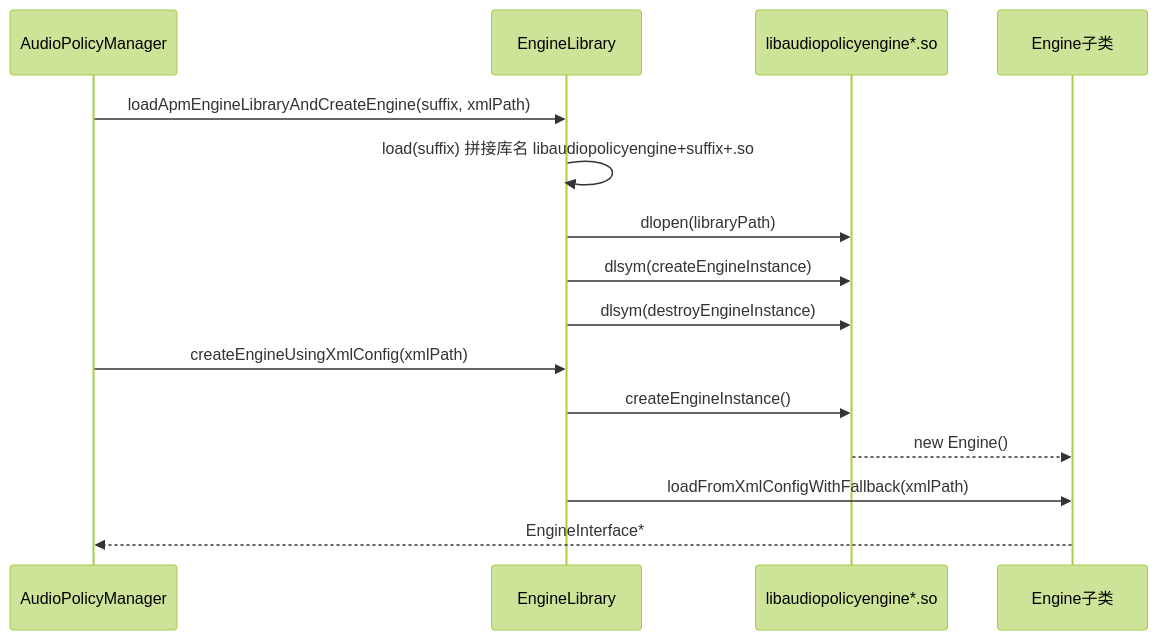
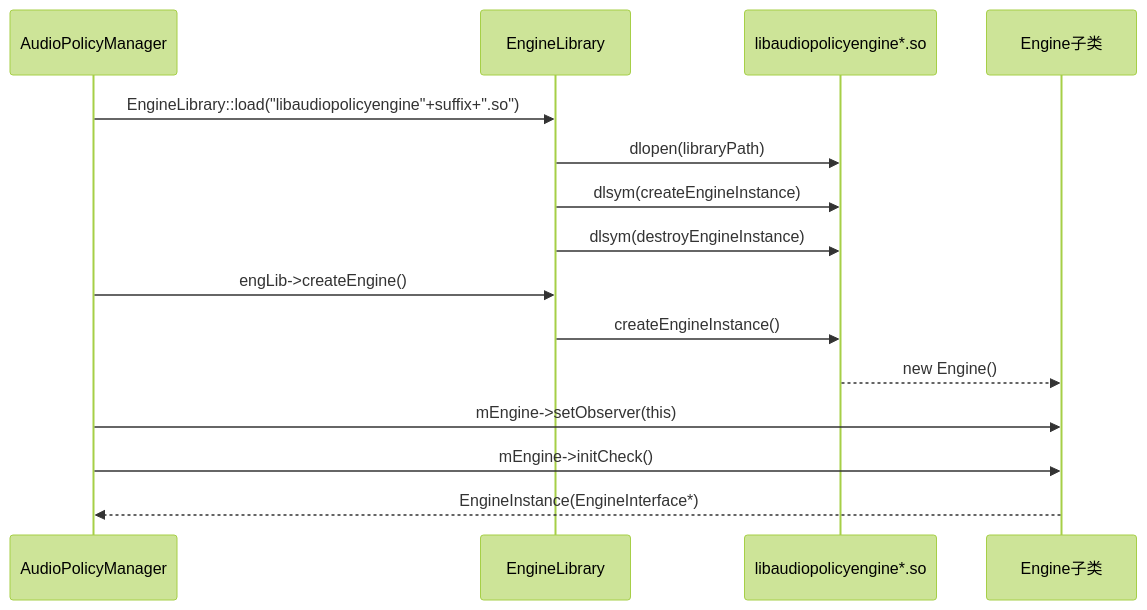
Before and after one commit to yanglinzhen1022/SA8295_AAOS_QNX_Audio_KnowledgeBase: the second of 10 diagrams in 06_Audio_Policy_Engine/06_6.3_EngineBase-可插拔策略引擎.md, drawn with Mermaid (forest theme). The commit also changed other lines of this file and 11 other files, not shown here.

````diff
--- a/06_Audio_Policy_Engine/06_6.3_EngineBase-可插拔策略引擎.md
+++ b/06_Audio_Policy_Engine/06_6.3_EngineBase-可插拔策略引擎.md
@@ -96,18 +95,18 @@
 ```mermaid
 sequenceDiagram
     participant APM as AudioPolicyManager
     participant EL as EngineLibrary
     participant SO as libaudiopolicyengine*.so
     participant Eng as Engine子类
 
-    APM->>EL: loadApmEngineLibraryAndCreateEngine(suffix, xmlPath)
-    EL->>EL: load(suffix) 拼接库名 libaudiopolicyengine+suffix+.so
+    APM->>EL: EngineLibrary::load("libaudiopolicyengine"+suffix+".so")
     EL->>SO: dlopen(libraryPath)
     EL->>SO: dlsym(createEngineInstance)
     EL->>SO: dlsym(destroyEngineInstance)
-    APM->>EL: createEngineUsingXmlConfig(xmlPath)
+    APM->>EL: engLib->createEngine()
     EL->>SO: createEngineInstance()
     SO-->>Eng: new Engine()
-    EL->>Eng: loadFromXmlConfigWithFallback(xmlPath)
-    Eng-->>APM: EngineInterface*
+    APM->>Eng: mEngine->setObserver(this)
+    APM->>Eng: mEngine->initCheck()
+    Eng-->>APM: EngineInstance(EngineInterface*)
 ```
````
